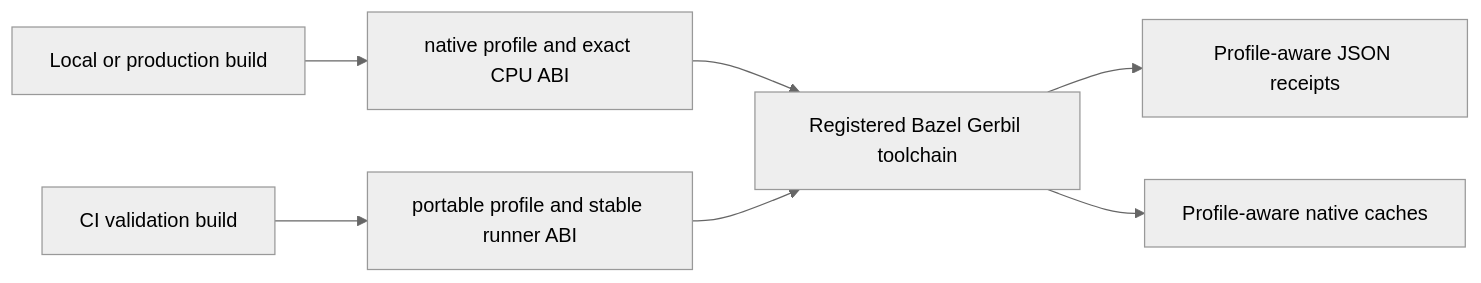
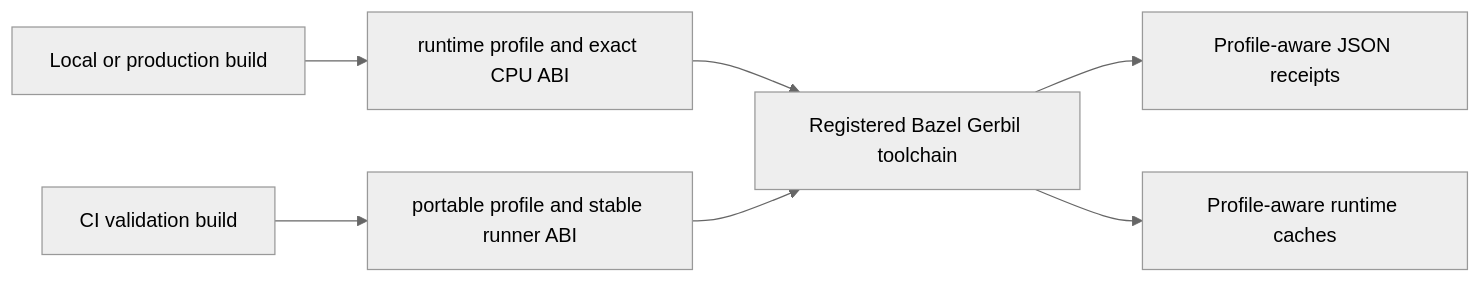
The third of 4 diagrams in module-system/design/147-adaptive-scheme-build-guard/05-cold-build-truth/06-runtime-c-capability.org (tao3k/gebril-yuanxu), drawn with Mermaid (neutral theme) before and after one commit. The commit also changed other lines of this file and 1469 other files, not shown here.

First line of the commit message:
refactor: consolidate module runtime and build interfaces

```diff
--- a/module-system/design/147-adaptive-scheme-build-guard/05-cold-build-truth/06-runtime-c-capability.org
+++ b/module-system/design/147-adaptive-scheme-build-guard/05-cold-build-truth/06-runtime-c-capability.org
@@ -76,9 +76,9 @@
 #+begin_src mermaid
 flowchart LR
-  Local["Local or production build"] --> Native["native profile and exact CPU ABI"]
+  Local["Local or production build"] --> Runtime["runtime profile and exact CPU ABI"]
   CI["CI validation build"] --> Portable["portable profile and stable runner ABI"]
-  Native --> Toolchain["Registered Bazel Gerbil toolchain"]
+  Runtime --> Toolchain["Registered Bazel Gerbil toolchain"]
   Portable --> Toolchain
   Toolchain --> Receipt["Profile-aware JSON receipts"]
-  Toolchain --> Cache["Profile-aware native caches"]
+  Toolchain --> Cache["Profile-aware runtime caches"]
 #+end_src
```
